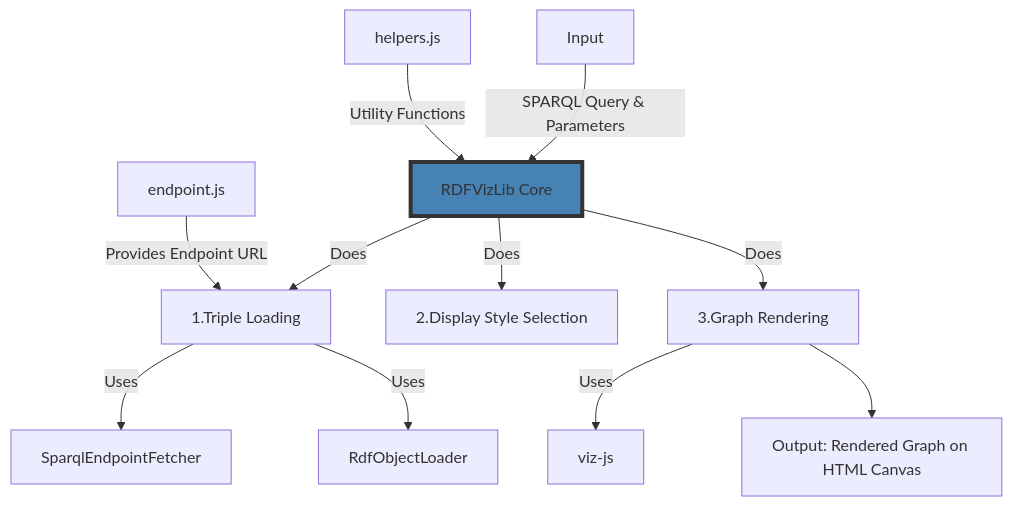
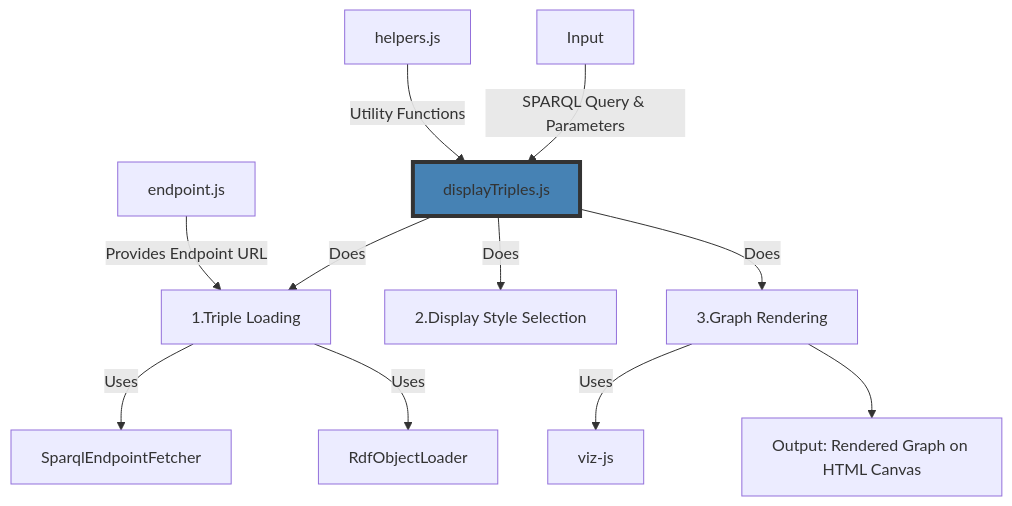
Before and after one commit to architolk/ldt-viz-client: the first of 2 diagrams in Documentation/README.md, drawn with Mermaid. The commit also changed other lines of this file and 1 other file, not shown here.

Commit message:
changed modules

````diff
--- a/Documentation/README.md
+++ b/Documentation/README.md
@@ -4,19 +4,19 @@
 ```mermaid
 graph TD
-    A[Input] --> |SPARQL Query & Parameters| B[RDFVizLib Core]
+    A[Input] --> |SPARQL Query & Parameters| B[displayTriples.js]
     B --> |Does| C[1.Triple Loading]
     B --> |Does| D[2.Display Style Selection]
     B --> |Does| E[3.Graph Rendering]
     
     C --> |Uses| F[SparqlEndpointFetcher]
     C --> |Uses| G[RdfObjectLoader]
     
     E --> |Uses| H[viz-js]
     
     I[endpoint.js] --> |Provides Endpoint URL| C
     J[helpers.js] --> |Utility Functions| B
     
     E --> K[Output: Rendered Graph on HTML Canvas]
 
     style B fill:#4682b4,stroke:#333,stroke-width:4px
 ```
````
